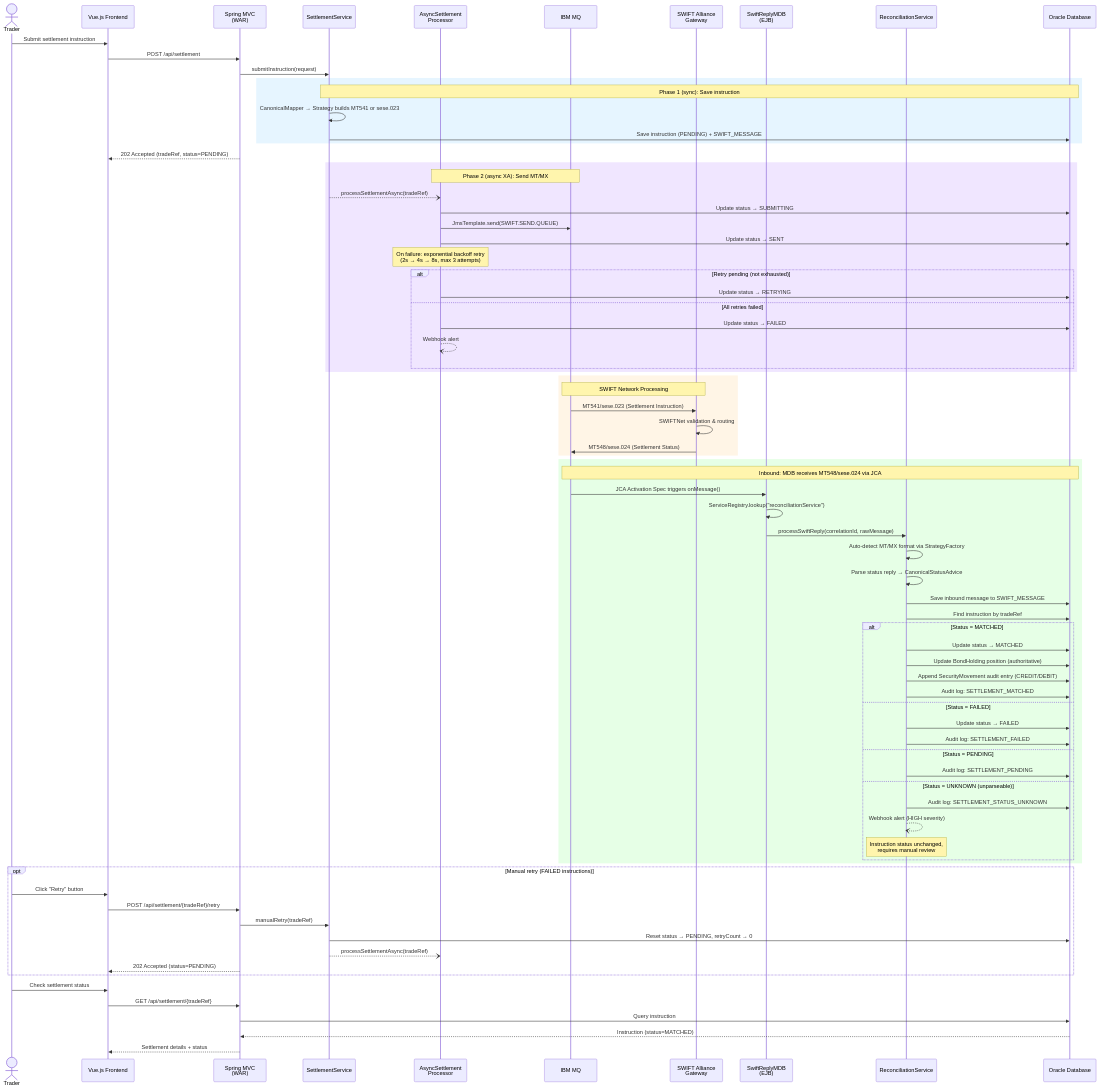
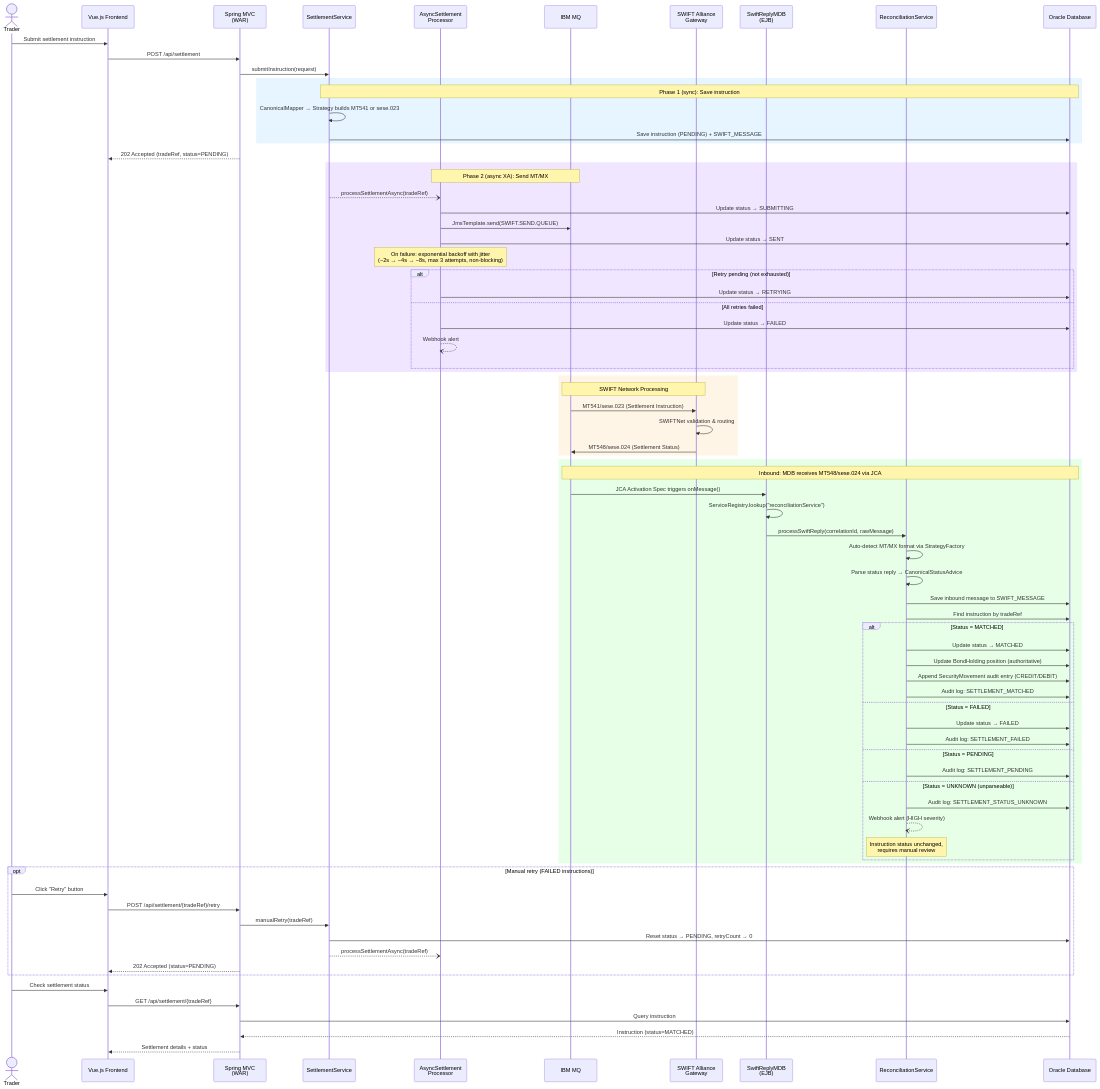
The first of 3 diagrams in README.md (vonsylvia/my-bond-settlement-system), drawn with Mermaid before and after one commit. The commit also changed other lines of this file and 4 other files, not shown here.

```diff
--- a/README.md
+++ b/README.md
@@ -63,7 +63,7 @@
         ASYNC->>DB: Update status → SUBMITTING
         ASYNC->>MQ: JmsTemplate.send(SWIFT.SEND.QUEUE)
         ASYNC->>DB: Update status → SENT
-        Note over ASYNC: On failure: exponential backoff retry<br/>(2s → 4s → 8s, max 3 attempts)
+        Note over ASYNC: On failure: exponential backoff with jitter<br/>(~2s → ~4s → ~8s, max 3 attempts, non-blocking)
         alt Retry pending (not exhausted)
             ASYNC->>DB: Update status → RETRYING
         else All retries failed
```
